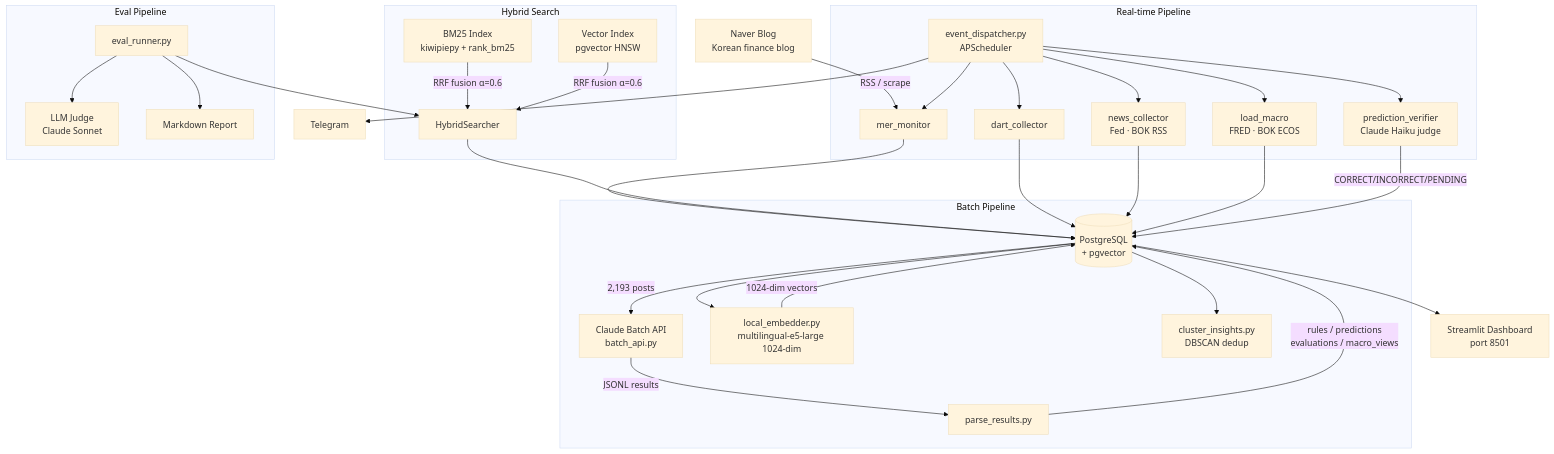
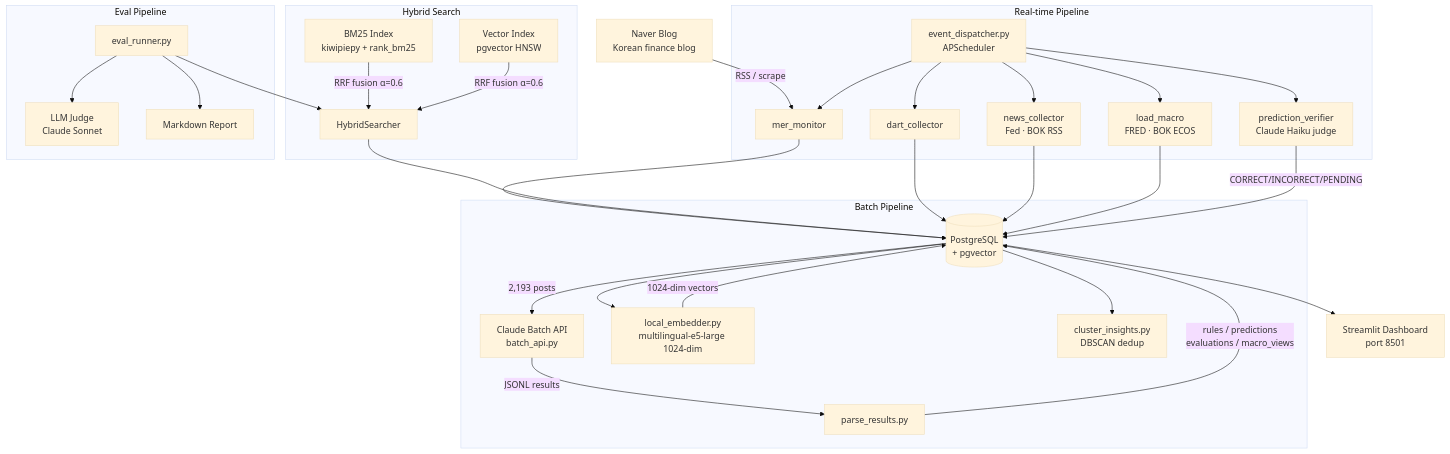
One commit to 11e3/mer-insight-pipeline changed the diagram in README.md. Above: the diagram before and after it, drawn with Mermaid (base theme). The commit also changed other lines of this file and 10 other files, not shown here.

````diff
--- a/README.md
+++ b/README.md
@@ -16,42 +16,41 @@
 ```mermaid
 flowchart TD
     A[Naver Blog<br>Korean finance blog] -->|RSS / scrape| B[mer_monitor]
     B --> C[(PostgreSQL<br>+ pgvector)]
 
     subgraph Batch Pipeline
         C -->|2,193 posts| D[Claude Batch API<br>batch_api.py]
         D -->|JSONL results| E[parse_results.py]
         E -->|rules / predictions<br>evaluations / macro_views| C
         C --> F[local_embedder.py<br>multilingual-e5-large 1024-dim]
         F -->|1024-dim vectors| C
         C --> G[cluster_insights.py<br>DBSCAN dedup]
     end
 
     subgraph Hybrid Search
         HS1[BM25 Index<br>kiwipiepy + rank_bm25]
         HS2[Vector Index<br>pgvector HNSW]
         HS1 & HS2 -->|RRF fusion α=0.6| HS3[HybridSearcher]
     end
 
     HS3 --> C
 
     subgraph Real-time Pipeline
         ED[event_dispatcher.py<br>APScheduler] --> B
         ED --> DC[dart_collector]
         ED --> NC[news_collector<br>Fed · BOK RSS]
         ED --> LM[load_macro<br>FRED · BOK ECOS]
         ED --> PV[prediction_verifier<br>Claude Haiku judge]
         DC & NC & LM --> C
         PV -->|CORRECT/INCORRECT/PENDING| C
     end
 
-    ED --> TG[Telegram]
 
     subgraph Eval Pipeline
         EV[eval_runner.py] --> HS3
         EV --> LJ[LLM Judge<br>Claude Sonnet]
         EV --> RPT[Markdown Report]
     end
 
     C --> Q[Streamlit Dashboard<br>port 8501]
 ```
````
